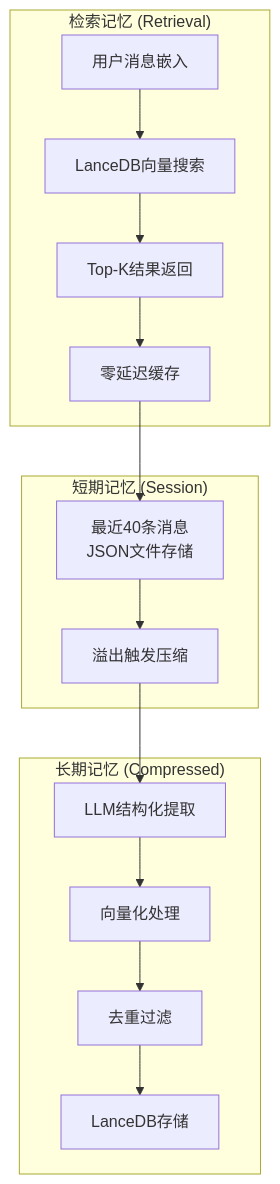
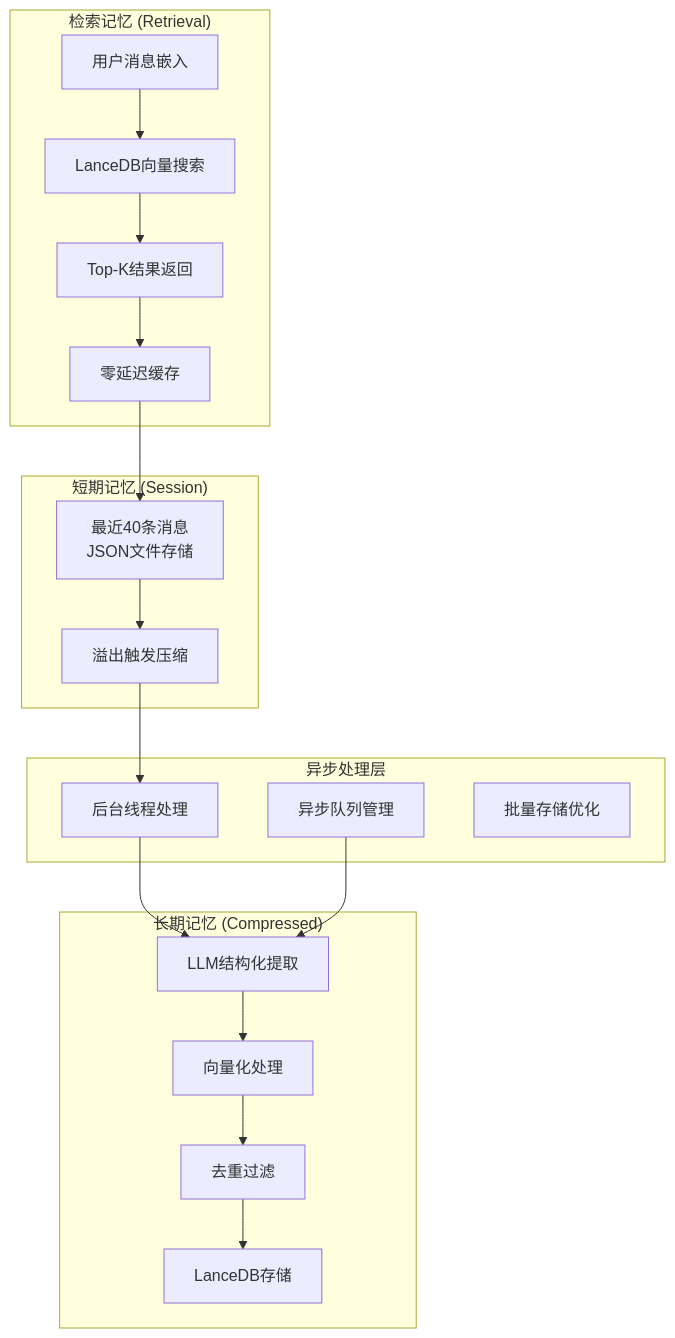
The fourth of 13 diagrams in .qoder/repowiki/zh/content/核心模块详解/智能记忆系统 (memory.py).md (HanHuiOnLine/724-office), drawn with Mermaid before and after one commit. The commit also changed other lines of this file and 7 other files, not shown here.

````diff
--- a/.qoder/repowiki/zh/content/核心模块详解/智能记忆系统 (memory.py).md
+++ b/.qoder/repowiki/zh/content/核心模块详解/智能记忆系统 (memory.py).md
@@ -171,23 +202,29 @@
 ```mermaid
 flowchart TD
 subgraph "短期记忆 (Session)"
 SM1[最近40条消息<br/>JSON文件存储]
 SM2[溢出触发压缩]
 end
 subgraph "长期记忆 (Compressed)"
 CM1[LLM结构化提取]
 CM2[向量化处理]
 CM3[去重过滤]
 CM4[LanceDB存储]
 end
 subgraph "检索记忆 (Retrieval)"
 RM1[用户消息嵌入]
 RM2[LanceDB向量搜索]
 RM3[Top-K结果返回]
 RM4[零延迟缓存]
 end
-SM1 --> SM2 --> CM1
+subgraph "异步处理层"
+AM1[后台线程处理]
+AM2[异步队列管理]
+AM3[批量存储优化]
+end
+SM1 --> SM2 --> AM1 --> CM1
+AM2 --> CM1
 CM1 --> CM2 --> CM3 --> CM4
 RM1 --> RM2 --> RM3 --> RM4
 RM4 --> SM1
 ```
````
